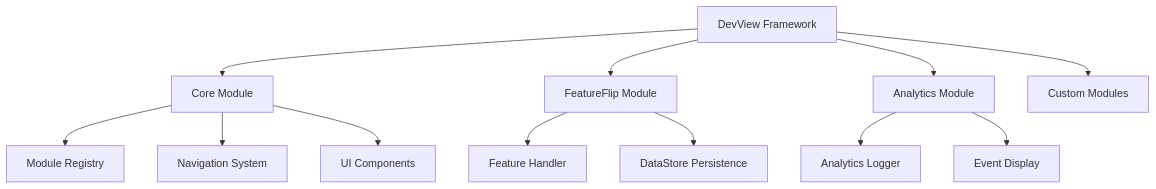
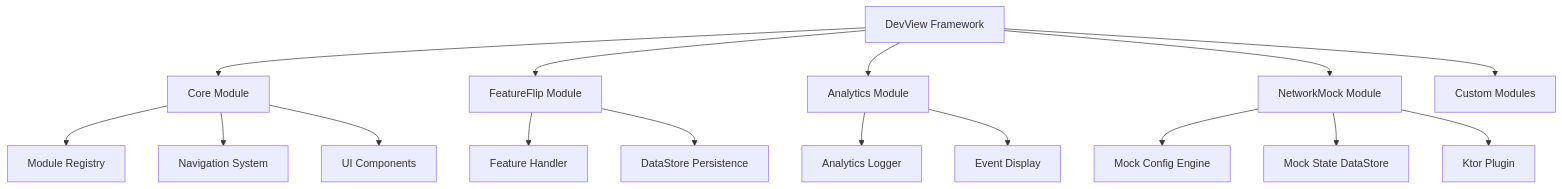
The diagram in docs/index.md (worldline/devview), drawn with Mermaid before and after one commit. The commit also changed other lines of this file and 32 other files, not shown here.

````diff
--- a/docs/index.md
+++ b/docs/index.md
@@ -205,14 +205,18 @@
 ```mermaid
 graph TD
     A[DevView Framework] --> B[Core Module]
     A --> C[FeatureFlip Module]
     A --> D[Analytics Module]
+    A --> NM[NetworkMock Module]
     A --> E[Custom Modules]
     B --> F[Module Registry]
     B --> G[Navigation System]
     B --> H[UI Components]
     C --> I[Feature Handler]
     C --> J[DataStore Persistence]
     D --> K[Analytics Logger]
     D --> L[Event Display]
+    NM --> MC[Mock Config Engine]
+    NM --> MS[Mock State DataStore]
+    NM --> KP[Ktor Plugin]
 ```
````
